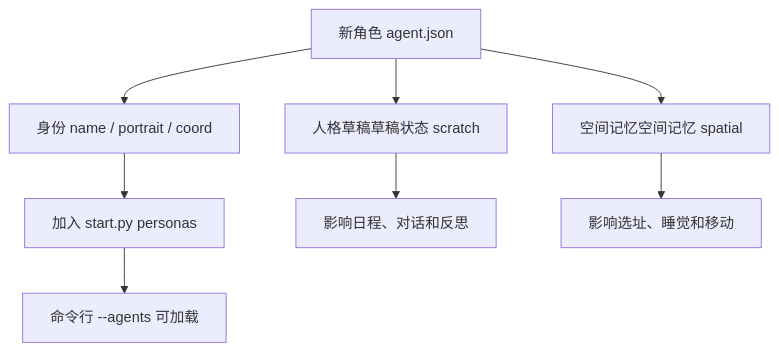
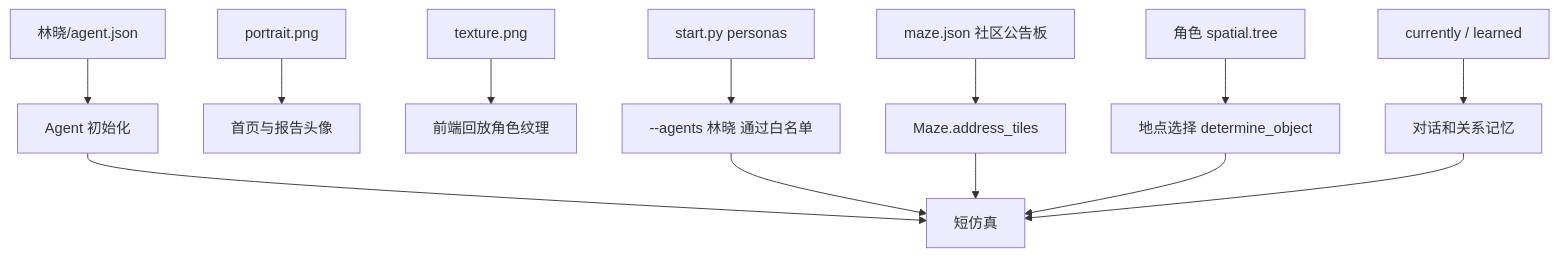
Before and after one commit to tbkken/GenerativeAgentsCN: the second of 2 diagrams in docs/book/manuscript/part_04/chapter_27.md, drawn with Mermaid. The commit also changed other lines of this file and 24 other files, not shown here.

````diff
--- a/docs/book/manuscript/part_04/chapter_27.md
+++ b/docs/book/manuscript/part_04/chapter_27.md
@@ -112,10 +461,15 @@
 ```mermaid
 flowchart TD
-    AgentJson["新角色 agent.json"] --> Identity["身份 name / portrait / coord"]
-    AgentJson --> Scratch["人格草稿草稿状态 scratch"]
-    AgentJson --> Spatial["空间记忆空间记忆 spatial"]
-    Identity --> Register["加入 start.py personas"]
-    Scratch --> Behavior["影响日程、对话和反思"]
-    Spatial --> Grounding["影响选址、睡觉和移动"]
-    Register --> Run["命令行 --agents 可加载"]
+    AgentFile["林晓/agent.json"] --> Init["Agent 初始化"]
+    Portrait["portrait.png"] --> Report["首页与报告头像"]
+    Texture["texture.png"] --> Replay["前端回放角色纹理"]
+    Registry["start.py personas"] --> CLI["--agents 林晓 通过白名单"]
+    Maze["maze.json 社区公告板"] --> Address["Maze.address_tiles"]
+    Spatial["角色 spatial.tree"] --> Choice["地点选择 determine_object"]
+    Relation["currently / learned"] --> Chat["对话和关系记忆"]
+    Init --> Run["短仿真"]
+    CLI --> Run
+    Address --> Run
+    Choice --> Run
+    Chat --> Run
 ```
````
